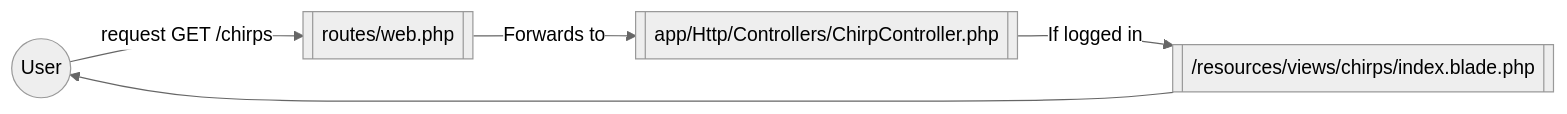
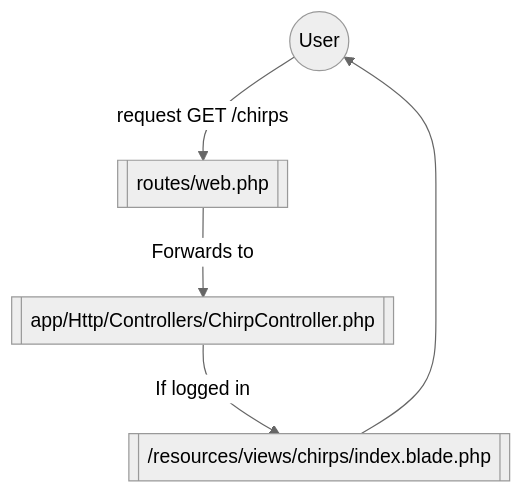
The second of 3 diagrams in README.md (Descent098/chirps), drawn with Mermaid (neutral theme) before and after one commit. The commit also changed other lines of this file, not shown here.

````diff
--- a/README.md
+++ b/README.md
@@ -41,6 +41,6 @@
 ```mermaid
-flowchart LR
+flowchart TD
     User((User)) & a[[routes/web.php]] & b[["app/Http/Controllers/ChirpController.php"]] & d[["/resources/views/chirps/index.blade.php"]]
     User --request GET /chirps--> a --Forwards to --> b --If logged in--> d
     d --> User
 ```
````
